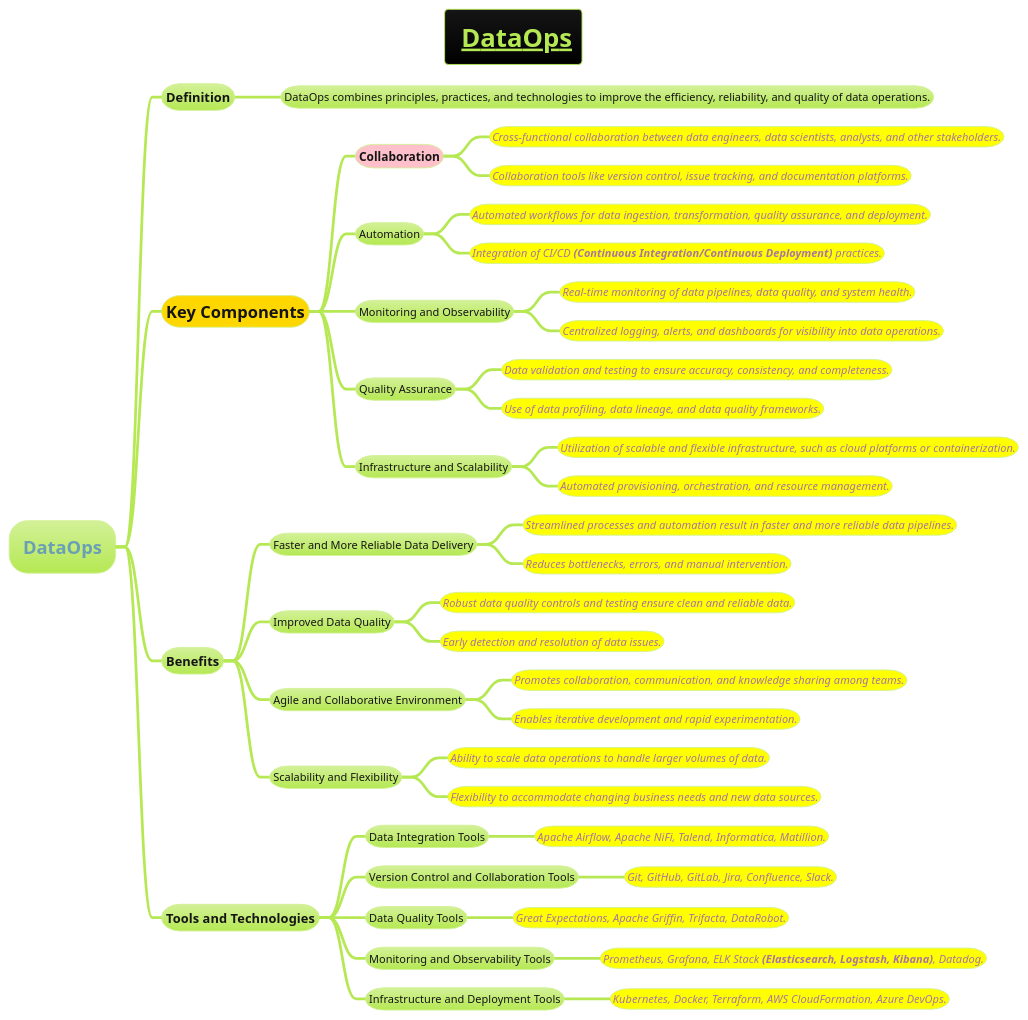
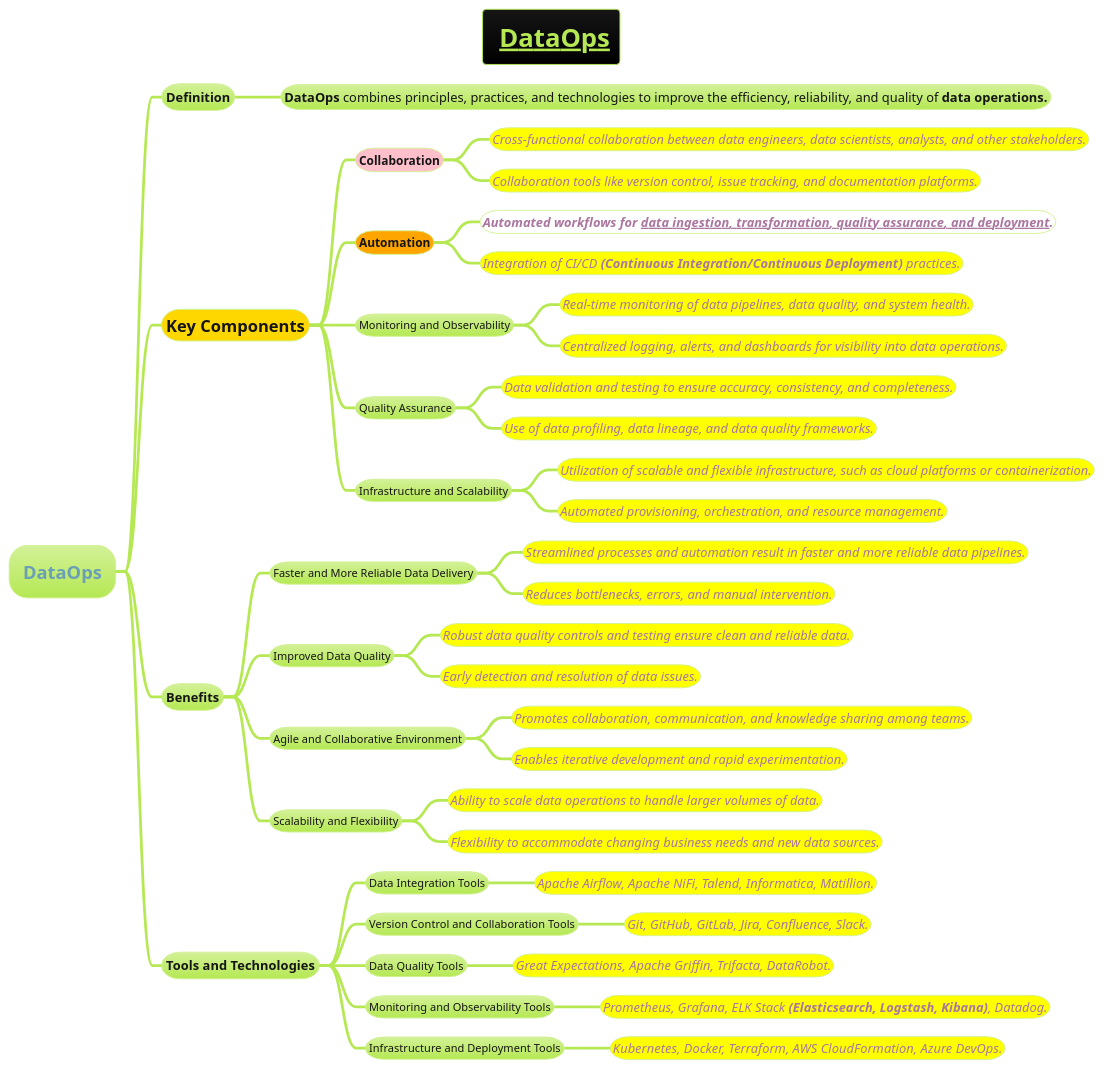
The diagram in docs/AI-ML- DL-Data-Science-and-BigData/data-science/data-engineering/data-storage-and-management/DataOps.puml (MehmoodHashmi/Documentation-as-Code-DaC), drawn with PlantUML before and after one commit. The commit also changed 4 other files, not shown here.

```diff
--- a/docs/AI-ML- DL-Data-Science-and-BigData/data-science/data-engineering/data-storage-and-management/DataOps.puml
+++ b/docs/AI-ML- DL-Data-Science-and-BigData/data-science/data-engineering/data-storage-and-management/DataOps.puml
@@ -1,48 +1,48 @@
 @startmindmap
 title =__ DataOps__
 !theme hacker
 
 * =DataOps
 ** Definition
-*** DataOps combines principles, practices, and technologies to improve the efficiency, reliability, and quality of data operations.
+*** <size:14>**DataOps** combines principles, practices, and technologies to improve the efficiency, reliability, and quality of **data operations.**
 **[#gold] =Key Components
 ***[#pink] ===Collaboration
-****[#yellow] ====<size:12>Cross-functional collaboration between data engineers, data scientists, analysts, and other stakeholders.
-****[#yellow] ====<size:12>Collaboration tools like version control, issue tracking, and documentation platforms.
-*** Automation
-****[#yellow] ====<size:12>Automated workflows for data ingestion, transformation, quality assurance, and deployment.
-****[#yellow] ====<size:12>Integration of CI/CD **(Continuous Integration/Continuous Deployment)** practices.
+****[#yellow] ====<size:14>Cross-functional collaboration between data engineers, data scientists, analysts, and other stakeholders.
+****[#yellow] ====<size:14>Collaboration tools like version control, issue tracking, and documentation platforms.
+***[#orange] ===Automation
+****[#white] ====<size:14>**Automated workflows for __data ingestion, transformation, quality assurance, and deployment__.**
+****[#yellow] ====<size:14>Integration of CI/CD **(Continuous Integration/Continuous Deployment)** practices.
 *** Monitoring and Observability
-****[#yellow] ====<size:12>Real-time monitoring of data pipelines, data quality, and system health.
-****[#yellow] ====<size:12>Centralized logging, alerts, and dashboards for visibility into data operations.
+****[#yellow] ====<size:14>Real-time monitoring of data pipelines, data quality, and system health.
+****[#yellow] ====<size:14>Centralized logging, alerts, and dashboards for visibility into data operations.
 *** Quality Assurance
-****[#yellow] ====<size:12>Data validation and testing to ensure accuracy, consistency, and completeness.
-****[#yellow] ====<size:12>Use of data profiling, data lineage, and data quality frameworks.
+****[#yellow] ====<size:14>Data validation and testing to ensure accuracy, consistency, and completeness.
+****[#yellow] ====<size:14>Use of data profiling, data lineage, and data quality frameworks.
 *** Infrastructure and Scalability
-****[#yellow] ====<size:12>Utilization of scalable and flexible infrastructure, such as cloud platforms or containerization.
-****[#yellow] ====<size:12>Automated provisioning, orchestration, and resource management.
+****[#yellow] ====<size:14>Utilization of scalable and flexible infrastructure, such as cloud platforms or containerization.
+****[#yellow] ====<size:14>Automated provisioning, orchestration, and resource management.
 ** Benefits
 *** Faster and More Reliable Data Delivery
-****[#yellow] ====<size:12>Streamlined processes and automation result in faster and more reliable data pipelines.
-****[#yellow] ====<size:12>Reduces bottlenecks, errors, and manual intervention.
+****[#yellow] ====<size:14>Streamlined processes and automation result in faster and more reliable data pipelines.
+****[#yellow] ====<size:14>Reduces bottlenecks, errors, and manual intervention.
 *** Improved Data Quality
-****[#yellow] ====<size:12>Robust data quality controls and testing ensure clean and reliable data.
-****[#yellow] ====<size:12>Early detection and resolution of data issues.
+****[#yellow] ====<size:14>Robust data quality controls and testing ensure clean and reliable data.
+****[#yellow] ====<size:14>Early detection and resolution of data issues.
 *** Agile and Collaborative Environment
-****[#yellow] ====<size:12>Promotes collaboration, communication, and knowledge sharing among teams.
-****[#yellow] ====<size:12>Enables iterative development and rapid experimentation.
+****[#yellow] ====<size:14>Promotes collaboration, communication, and knowledge sharing among teams.
+****[#yellow] ====<size:14>Enables iterative development and rapid experimentation.
 *** Scalability and Flexibility
-****[#yellow] ====<size:12>Ability to scale data operations to handle larger volumes of data.
-****[#yellow] ====<size:12>Flexibility to accommodate changing business needs and new data sources.
+****[#yellow] ====<size:14>Ability to scale data operations to handle larger volumes of data.
+****[#yellow] ====<size:14>Flexibility to accommodate changing business needs and new data sources.
 ** Tools and Technologies
 *** Data Integration Tools
-****[#yellow] ====<size:12>Apache Airflow, Apache NiFi, Talend, Informatica, Matillion.
+****[#yellow] ====<size:14>Apache Airflow, Apache NiFi, Talend, Informatica, Matillion.
 *** Version Control and Collaboration Tools
-****[#yellow] ====<size:12>Git, GitHub, GitLab, Jira, Confluence, Slack.
+****[#yellow] ====<size:14>Git, GitHub, GitLab, Jira, Confluence, Slack.
 *** Data Quality Tools
-****[#yellow] ====<size:12>Great Expectations, Apache Griffin, Trifacta, DataRobot.
+****[#yellow] ====<size:14>Great Expectations, Apache Griffin, Trifacta, DataRobot.
 *** Monitoring and Observability Tools
-****[#yellow] ====<size:12>Prometheus, Grafana, ELK Stack **(Elasticsearch, Logstash, Kibana)**, Datadog.
+****[#yellow] ====<size:14>Prometheus, Grafana, ELK Stack **(Elasticsearch, Logstash, Kibana)**, Datadog.
 *** Infrastructure and Deployment Tools
-****[#yellow] ====<size:12>Kubernetes, Docker, Terraform, AWS CloudFormation, Azure DevOps.
+****[#yellow] ====<size:14>Kubernetes, Docker, Terraform, AWS CloudFormation, Azure DevOps.
 @endmindmap
```
